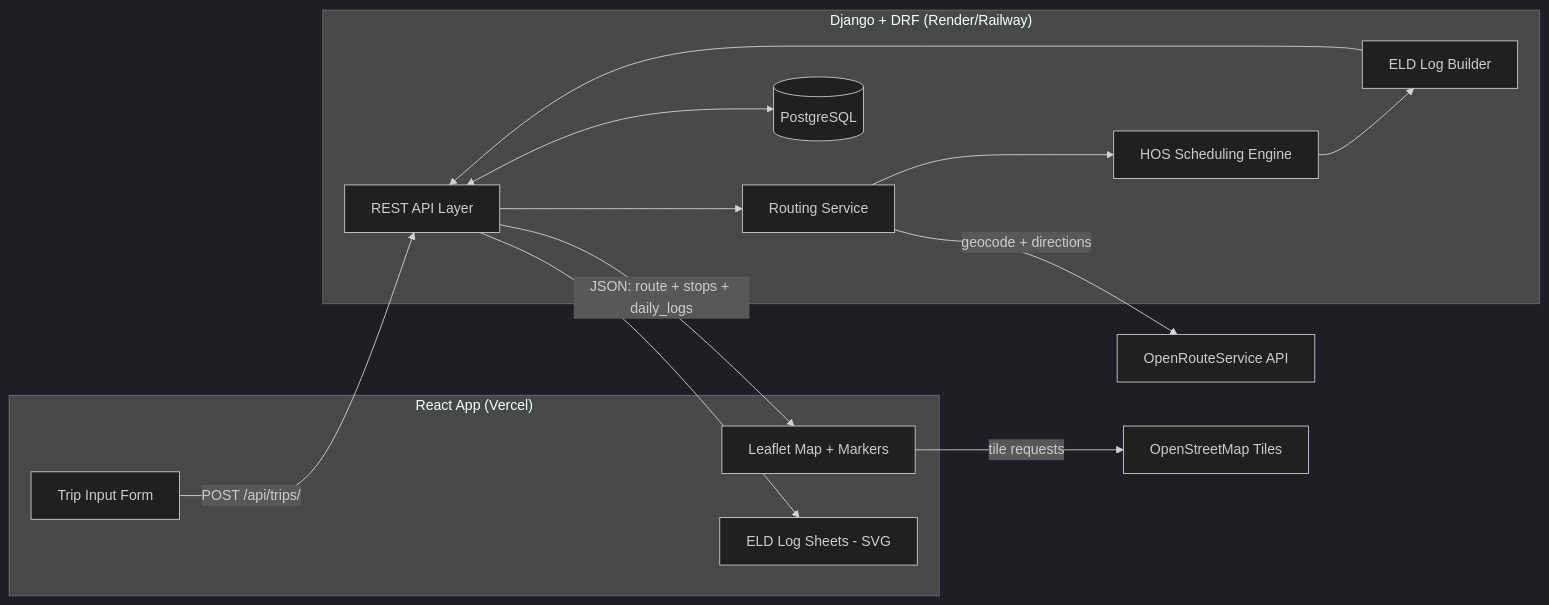
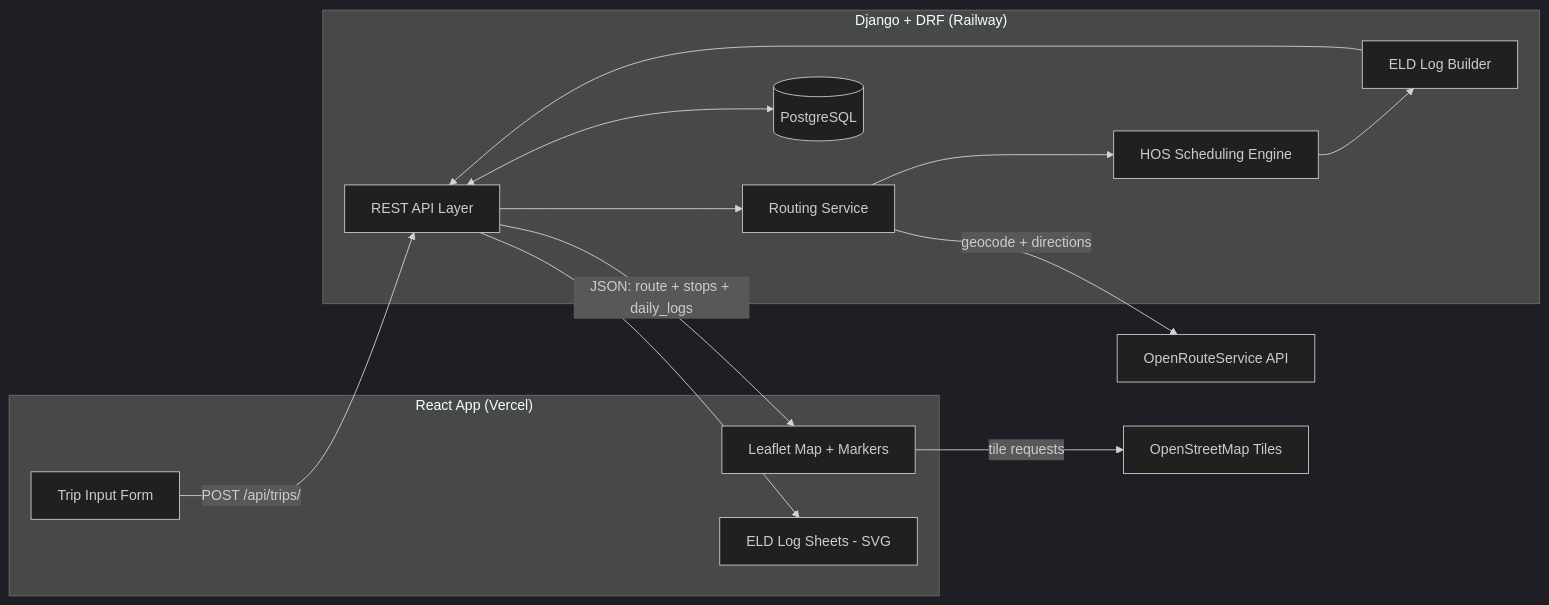
The diagram in ARCHITECTURE.md (paarangat/trip-eld-planner), drawn with Mermaid (dark theme) before and after one commit. The commit also changed other lines of this file and 1 other file, not shown here.

First line of the commit message:
docs: document Railway + Vercel deployment workflow

````diff
--- a/ARCHITECTURE.md
+++ b/ARCHITECTURE.md
@@ -53,30 +53,30 @@
 ```mermaid
 flowchart LR
     subgraph Browser["React App (Vercel)"]
         Form[Trip Input Form]
         Map[Leaflet Map + Markers]
         Logs[ELD Log Sheets - SVG]
     end
 
-    subgraph Server["Django + DRF (Render/Railway)"]
+    subgraph Server["Django + DRF (Railway)"]
         API[REST API Layer]
         RoutingSvc[Routing Service]
         HOS[HOS Scheduling Engine]
         ELD[ELD Log Builder]
         DB[(PostgreSQL)]
     end
 
     ORS[OpenRouteService API]
     Tiles[OpenStreetMap Tiles]
 
     Form -->|POST /api/trips/| API
     API --> RoutingSvc
     RoutingSvc -->|geocode + directions| ORS
     RoutingSvc --> HOS
     HOS --> ELD
     ELD --> API
     API <--> DB
     API -->|JSON: route + stops + daily_logs| Map
     API --> Logs
     Map -->|tile requests| Tiles
 ```
````
